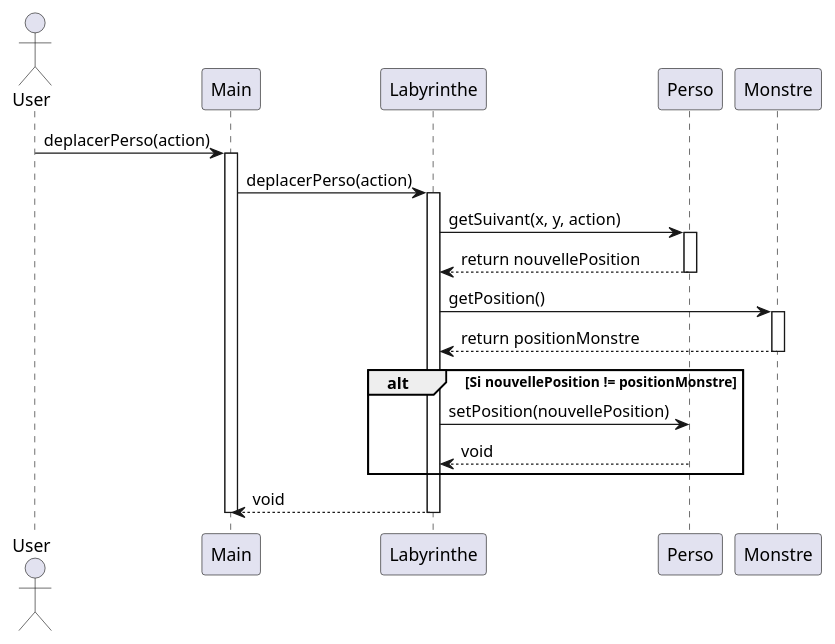
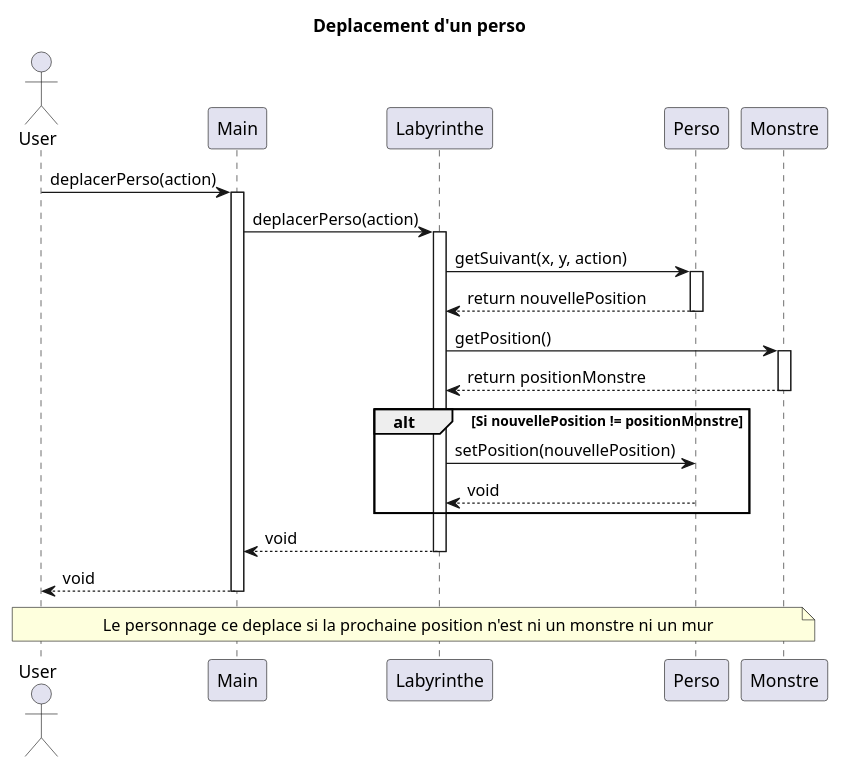
One commit to LukaSalvo/SAE2024 changed the diagram in zeldiablo/documents/version_2/diagseq_MonstrePerso.puml. Above: the diagram before and after it, drawn with PlantUML. The commit also changed 6 other files, not shown here.

```diff
--- a/zeldiablo/documents/version_2/diagseq_MonstrePerso.puml
+++ b/zeldiablo/documents/version_2/diagseq_MonstrePerso.puml
@@ -1,27 +1,31 @@
 @startuml
 actor User
 participant Main
 participant Labyrinthe
 participant Perso
 participant Monstre
-
+title : Deplacement d'un perso
 User -> Main: deplacerPerso(action)
 activate Main
 Main -> Labyrinthe: deplacerPerso(action)
 activate Labyrinthe
 Labyrinthe -> Perso: getSuivant(x, y, action)
 activate Perso
 Perso --> Labyrinthe: return nouvellePosition
 deactivate Perso
 Labyrinthe -> Monstre: getPosition()
 activate Monstre
 Monstre --> Labyrinthe: return positionMonstre
 deactivate Monstre
 alt Si nouvellePosition != positionMonstre
     Labyrinthe -> Perso: setPosition(nouvellePosition)
     Perso --> Labyrinthe:void
 end
 Labyrinthe --> Main : void
 deactivate Labyrinthe
+Main -->User:void
 deactivate Main
+note across
+Le personnage ce deplace si la prochaine position n'est ni un monstre ni un mur
+end note
 @enduml
```
